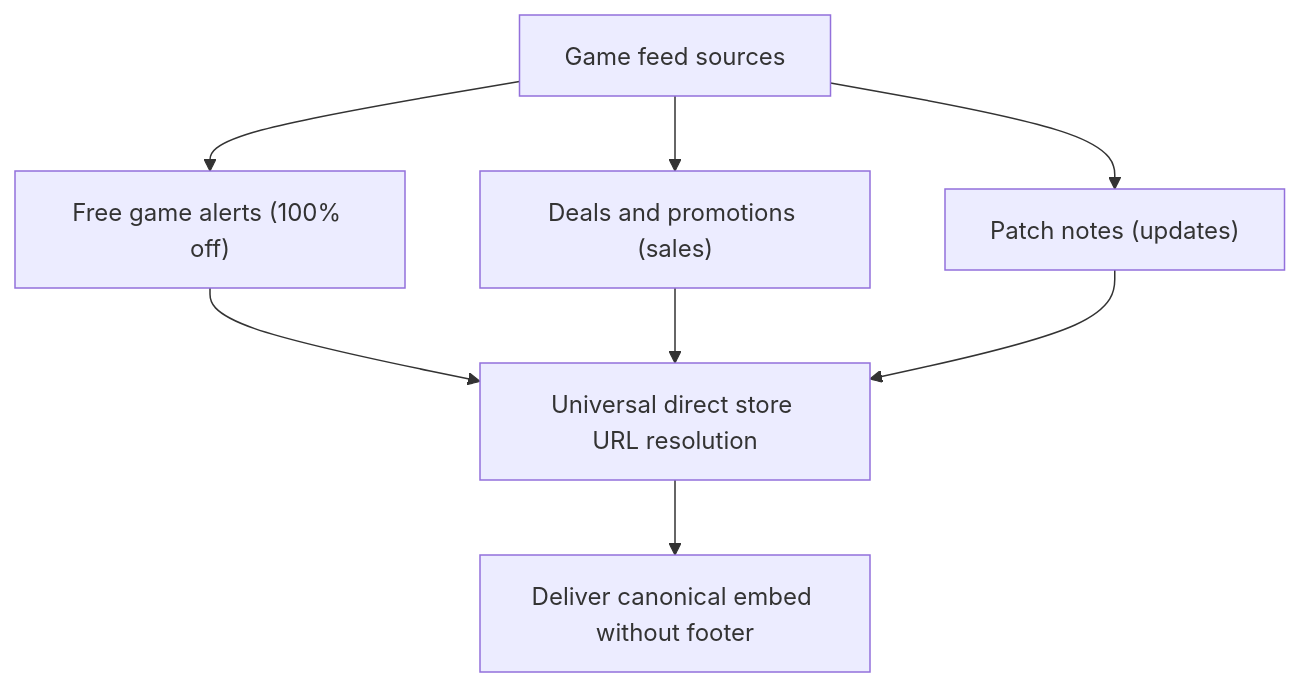
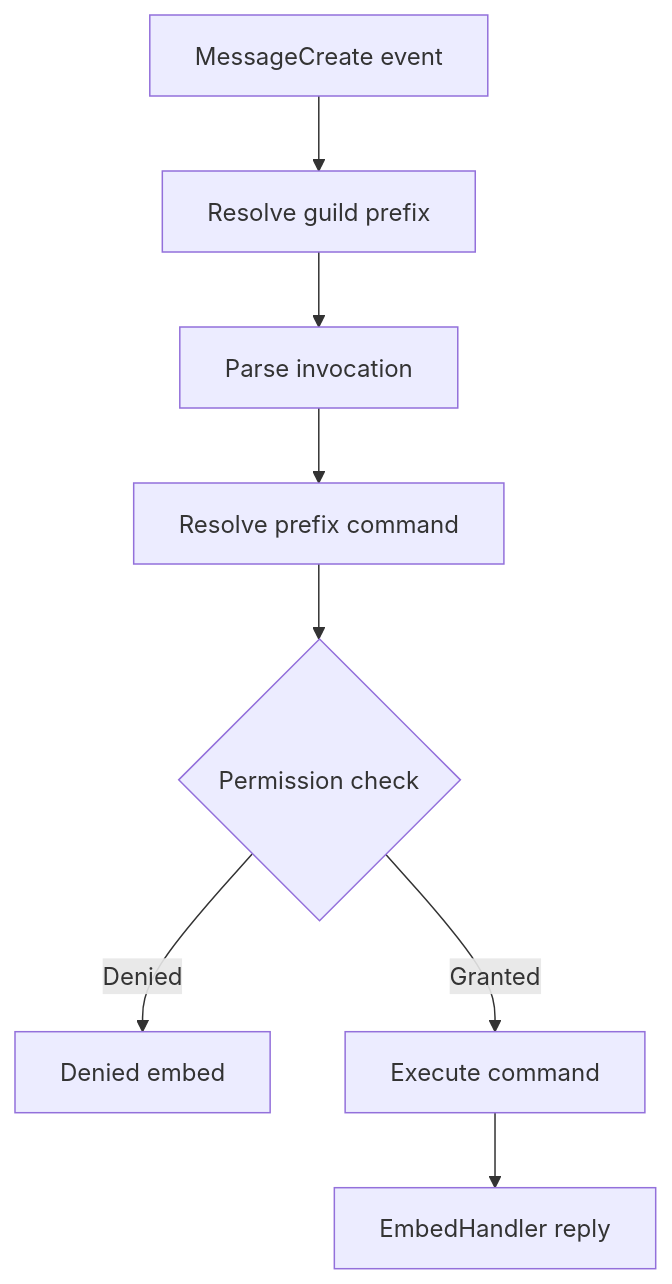
Before and after one commit to HELIX-Origin/HELIX-Discord-Bot: the diagram in PLAN.md, drawn with Mermaid. The commit also changed other lines of this file and 2 other files, not shown here.

````diff
--- a/PLAN.md
+++ b/PLAN.md
@@ -31,10 +31,10 @@
 ```mermaid
 flowchart TD
-    A["Game feed sources"] --> B["Free game alerts (100% off)"]
-    A --> C["Deals and promotions (sales)"]
-    A --> D["Patch notes (updates)"]
-    B --> E["Universal direct store URL resolution"]
-    C --> E
-    D --> E
-    E --> F["Deliver canonical embed without footer"]
+    A["MessageCreate event"] --> B["Resolve guild prefix"]
+    B --> C["Parse invocation"]
+    C --> D["Resolve prefix command"]
+    D --> E{"Permission check"}
+    E -->|Denied| F["Denied embed"]
+    E -->|Granted| G["Execute command"]
+    G --> H["EmbedHandler reply"]
 ```
````
